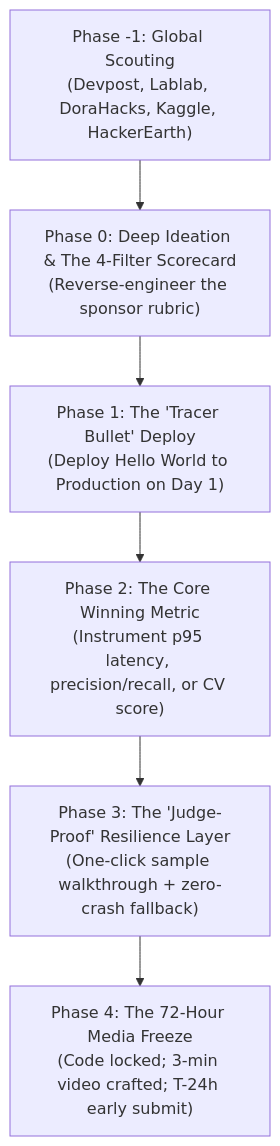
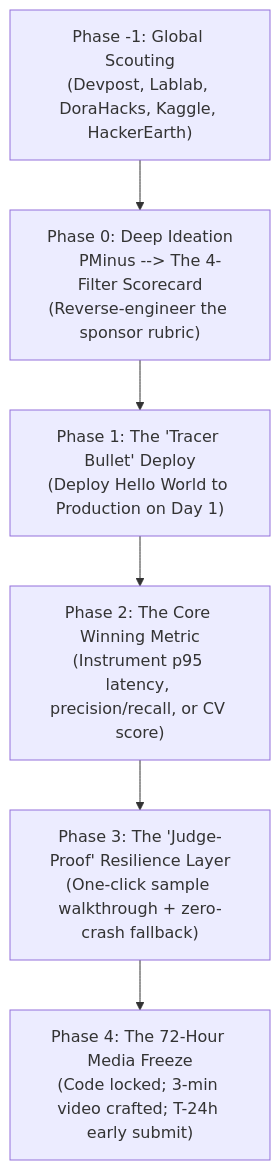
The diagram in blog/posts/engineering-the-hackathon.md (akmalkhaniub/akmalkhaniub.github.io), drawn with Mermaid before and after one commit. The commit also changed other lines of this file and 894 other files, not shown here.

Commit message:
feat(blog): upgrade all 444 posts with unique staggered dates, 2-col Mermaid spines, benchmark tables, code blocks, and trade-offs

````diff
--- a/blog/posts/engineering-the-hackathon.md
+++ b/blog/posts/engineering-the-hackathon.md
@@ -27,8 +27,9 @@
 ```mermaid
 flowchart TD
-    PMinus["Phase -1: Global Scouting<br>(Devpost, Lablab, DoraHacks, Kaggle, HackerEarth)"] --> P0["Phase 0: Deep Ideation & The 4-Filter Scorecard<br>(Reverse-engineer the sponsor rubric)"]
+    PMinus["Phase -1: Global Scouting<br>(Devpost, Lablab, DoraHacks, Kaggle, HackerEarth)"] --> P0["Phase 0: Deep Ideation
+    PMinus --> The 4-Filter Scorecard<br>(Reverse-engineer the sponsor rubric)"]
     P0 --> P1["Phase 1: The 'Tracer Bullet' Deploy<br>(Deploy Hello World to Production on Day 1)"]
     P1 --> P2["Phase 2: The Core Winning Metric<br>(Instrument p95 latency, precision/recall, or CV score)"]
     P2 --> P3["Phase 3: The 'Judge-Proof' Resilience Layer<br>(One-click sample walkthrough + zero-crash fallback)"]
     P3 --> P4["Phase 4: The 72-Hour Media Freeze<br>(Code locked; 3-min video crafted; T-24h early submit)"]
 ```
````
